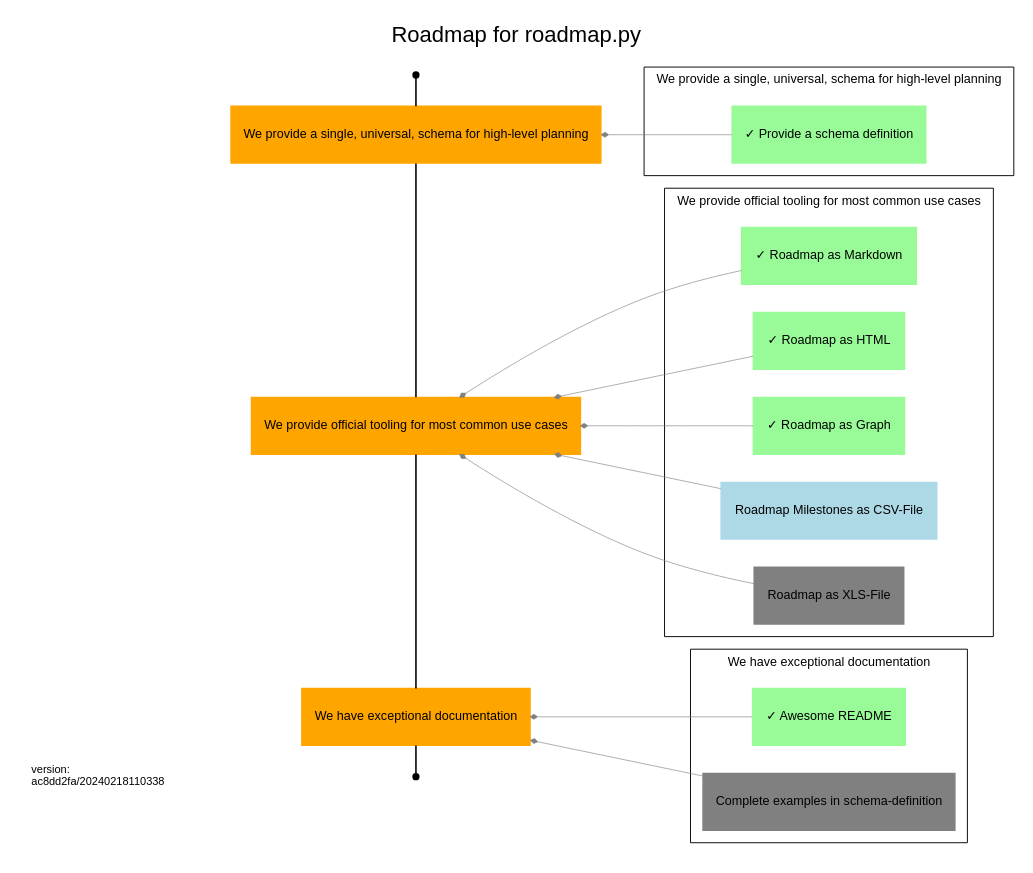
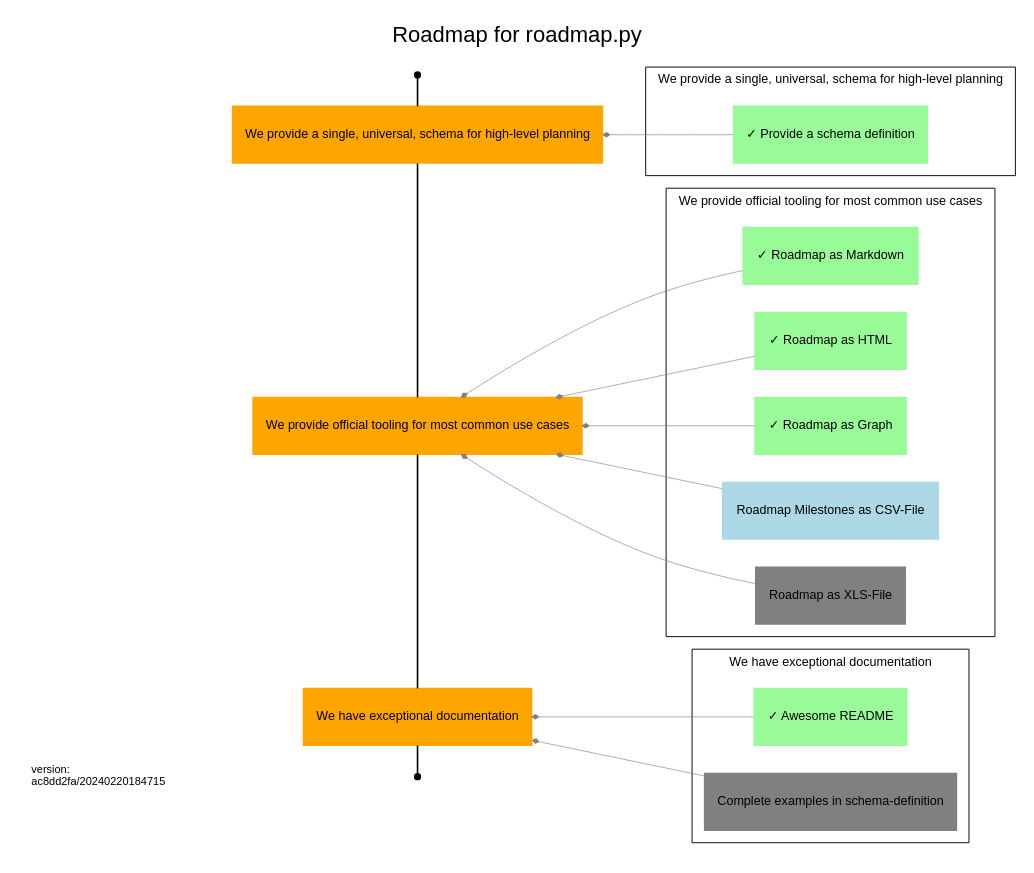
The diagram in roadmap/roadmap.dot (uroflavin/roadmap), drawn with Graphviz before and after one commit. The commit also changed 5 other files, not shown here.

Commit message:
fix(html): timelineitem should display date in one line

```diff
--- a/roadmap/roadmap.dot
+++ b/roadmap/roadmap.dot
@@ -1,143 +1,143 @@
 digraph Roadmap {
   rankdir=RL;
   label="Roadmap for roadmap.py"
   tooltip="This is the planning roadmap for the [uroflavin/roadmap](https://github.com/uroflavin/roadmap) project. 
 It acts as both the plan for implementing this tool as well as a demonstration of what a roadmap might look like.
 
 One good example is this roadmap itself. 
 What to-do and what is already done to implement roadmap.py can you see in this picture.
 
 ![Roadmap Objectives and Keyresults, rendered from roadmap.yml](roadmap.dot.png)
 
 One of the things you'll immediately notice about this file is that it uses *Markdown* for formatting of text and is designed around a structured YAML schema. 
 The goal is to make this as easy as possible for humans to read and reason about, while also enabling powerful visualizations to be generated based on the content.
 ";
   fontname="Arial";
   labelloc="t";
 
   node[style="filled",shape="rectangle",color="orange",fontname="Arial",fontsize=8];
   edge[weight=1,group="milestones",arrowhead="none"];
 
   {
 	rank=same;
 
 	start[label="Start",shape="point",color="",tooltip="This is the start of your roadmap."];
     end[label="End",shape="point",color="",tooltip="This is the end of your roadmap."];
     
     
     o1 [label="We provide a single, universal, schema for high-level planning",tooltip="The goal of this project is, primarily, to provide a single schema that can be used by different teams to describe the work they are doing and their future intentions. 
 The usefulness and applicability of this schema to real-world problem domains will determine whether anything else we do here is of value.
 "];
         
             "start" -> o1;
         
     o2 [label="We provide official tooling for most common use cases",tooltip="While the goal of having a single unified schema for planning is that it enables the development of tools that automate various aspects of planning, most teams are not going to adopt this if the fundamentals aren't already solved for them. 
 This includes things like being able to visualize your road map in common formats, validating it against the schema etc.
 "];
         
             o1 -> o2;
         
     o3 [label="We have exceptional documentation",tooltip="Adoption of something intended to make planning easier is only going to be successful if it is easy to use, and a critical part of that is great documentation. 
 Our goal is that someone with no familiarity with our tooling can ramp up and have an initial road map ready for use within only a few minutes.
 "];
         
             o2 -> o3;
         
             o3 -> "end" ;
         }
   node[color="grey"];
   edge[weight=5,color="grey",penwidth=0.4,arrowsize=0.4,group="dependencies",arrowhead="diamond"];
 
   
         
         subgraph cluster_o1 {
             label="We provide a single, universal, schema for high-level planning";
             tooltip="The goal of this project is, primarily, to provide a single schema that can be used by different teams to describe the work they are doing and their future intentions. 
 The usefulness and applicability of this schema to real-world problem domains will determine whether anything else we do here is of value.
 ";
             fontsize=8;
             penwidth=0.6;
             
                 
                 
                     
                 o1_r1 [label="✓ Provide a schema definition",tooltip="Develop a schema that fulfills the main requirements of the objective",color="palegreen"];
                 o1_r1 -> o1;
             }
     
         
         subgraph cluster_o2 {
             label="We provide official tooling for most common use cases";
             tooltip="While the goal of having a single unified schema for planning is that it enables the development of tools that automate various aspects of planning, most teams are not going to adopt this if the fundamentals aren't already solved for them. 
 This includes things like being able to visualize your road map in common formats, validating it against the schema etc.
 ";
             fontsize=8;
             penwidth=0.6;
             
                 
                 
                     
                 o2_r1 [label="✓ Roadmap as Markdown",tooltip="We should be able to generate some markdown out of roadmap.yml
 ",color="palegreen"];
                 o2_r1 -> o2;
             
                 
                 
                     
                 o2_r2 [label="✓ Roadmap as HTML",tooltip="We should be able to generate some html out of roadmap.yml
 ",color="palegreen"];
                 o2_r2 -> o2;
             
                 
                 
                     
                 o2_r3 [label="✓ Roadmap as Graph",tooltip="We should be able to generate some dot out of roadmap.yml
 ",color="palegreen"];
                 o2_r3 -> o2;
             
                 
                 
                     
                 o2_r4 [label="Roadmap Milestones as CSV-File",tooltip="Excel is THE projectmanagement tool. 
 To render some progress in your favorite tool ;-) we should be able to generate some csv out of roadmap.yml-milestone and deliverables.
 CSV is limited capable for exporting everything, so this would be a good first step towards Roadmap als XLS-File.
 ",color="lightblue"];
                 o2_r4 -> o2;
             
                 
                 
                     
                 o2_r5 [label="Roadmap as XLS-File",tooltip="We should be able to generate some xls out of roadmap.yml
 ",color="grey"];
                 o2_r5 -> o2;
             }
     
         
         subgraph cluster_o3 {
             label="We have exceptional documentation";
             tooltip="Adoption of something intended to make planning easier is only going to be successful if it is easy to use, and a critical part of that is great documentation. 
 Our goal is that someone with no familiarity with our tooling can ramp up and have an initial road map ready for use within only a few minutes.
 ";
             fontsize=8;
             penwidth=0.6;
             
                 
                 
                     
                 o3_r1 [label="✓ Awesome README",tooltip="We need to complete our README explaining the purpose of this project and giving some basic examples of its use.
 ",color="palegreen"];
                 o3_r1 -> o3;
             
                 
                 
                     
                 o3_r2 [label="Complete examples in schema-definition",tooltip="Complete the examples so that every user of the schema is able to find suitable examples for their specific use cases",color="grey"];
                 o3_r2 -> o3;
             }
     subgraph footer {
                 {
                     rank="sink"; 
-                    footer [fontsize=7 shape="box" color="white" label="version:\lac8dd2fa/20240218110338\l"];
+                    footer [fontsize=7 shape="box" color="white" label="version:\lac8dd2fa/20240220184715\l"];
                 }
             }
 }
```
